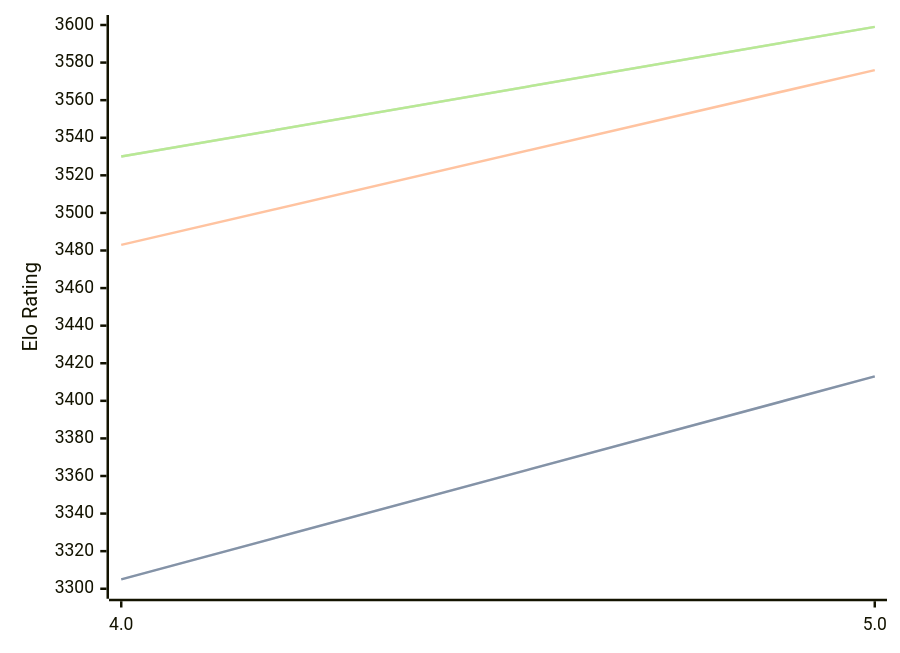
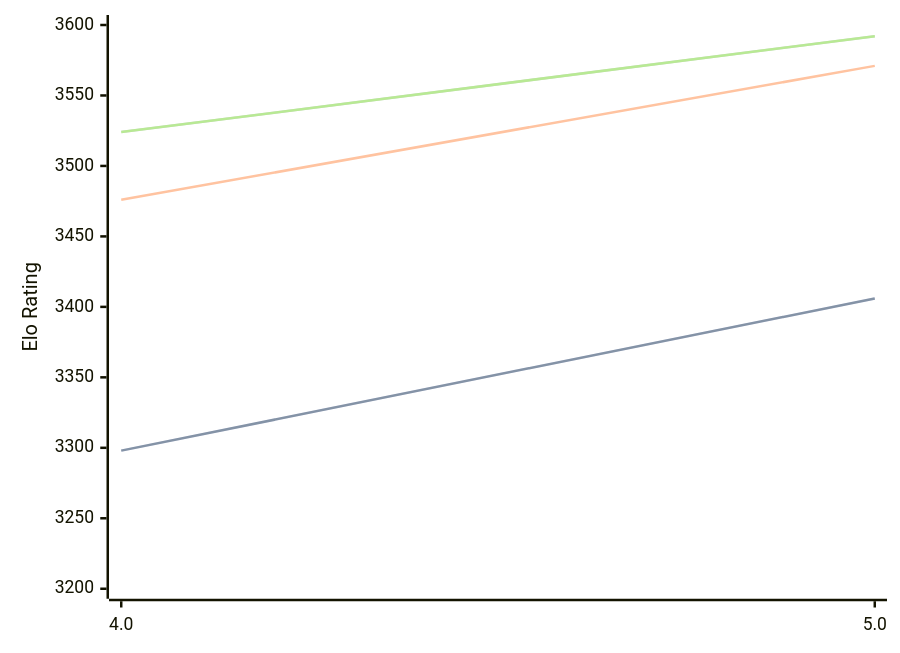
Before and after one commit to computer-chess-index/cci: the diagram in engines/Tarnished.md, drawn with Mermaid. The commit also changed other lines of this file, not shown here.

Commit message:
Update CCI Ratings (ELO VLTC) - 2026-05-18

````diff
--- a/engines/Tarnished.md
+++ b/engines/Tarnished.md
@@ -36,11 +36,11 @@
 ```mermaid
 %%{init: {"theme":"base","themeVariables":{"seriesColors:['#a3a3a3','#222221','#faa371']}}}%%
 xychart-beta
   x-axis ["4.0", "5.0"]
-  y-axis "Elo Rating" 3300 --> 3600
-  line "STC (8.0+0.08s)" [3305, 3413]
-  line "STC (8.0+0.08s)" [3305, 3413]
-  line "LTC (60.0+0.60s)" [3483, 3576]
-  line "VLTC (2m24s+1.12s)" [3530, 3599]
-  line "VLTC (2m24s+1.12s)" [3530, 3599]
+  y-axis "Elo Rating" 3200 --> 3600
+  line "STC (8.0+0.08s)" [3298, 3406]
+  line "STC (8.0+0.08s)" [3298, 3406]
+  line "LTC (60.0+0.60s)" [3476, 3571]
+  line "VLTC (2m24s+1.12s)" [3524, 3592]
+  line "VLTC (2m24s+1.12s)" [3524, 3592]
 ```
````
